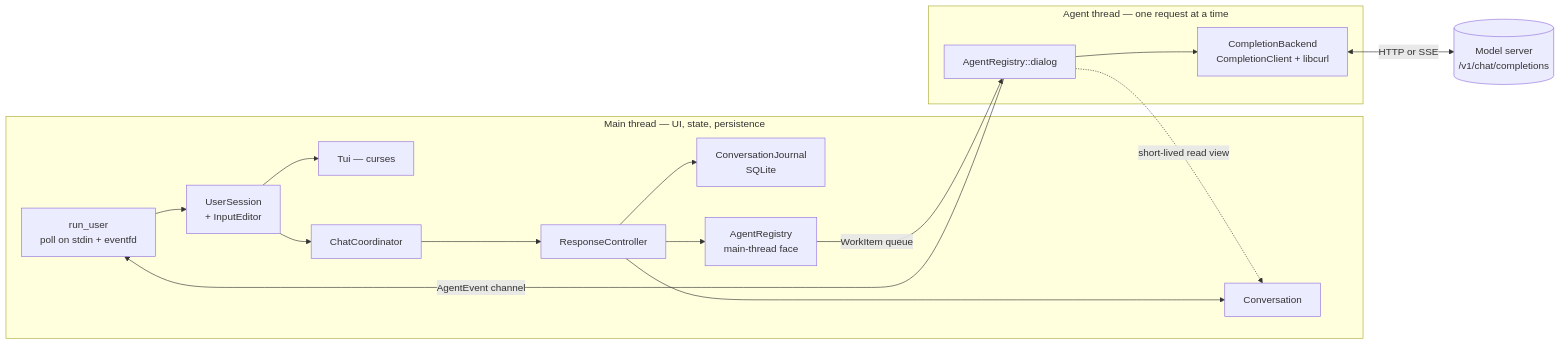
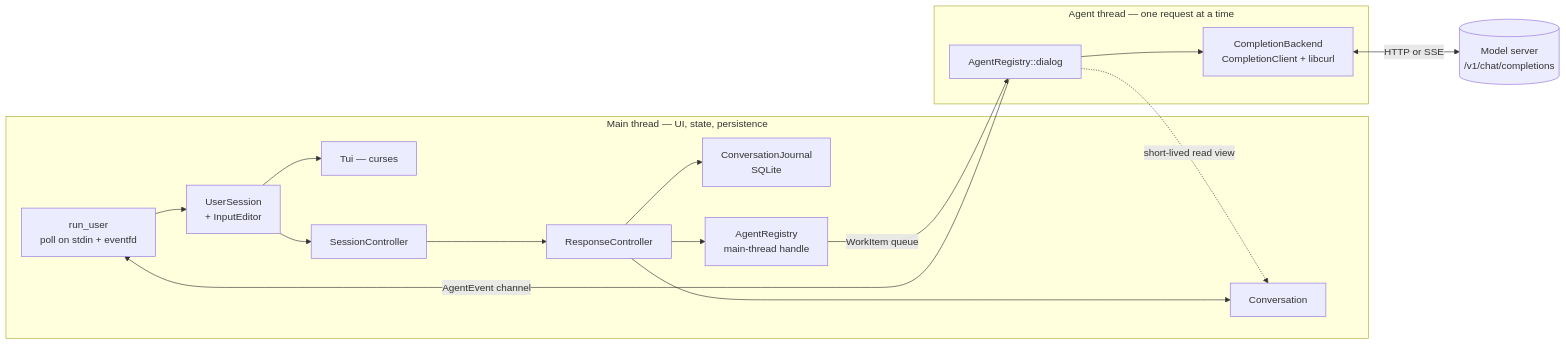
Before and after one commit to michaelpopov/cha: the second of 6 diagrams in src/README.md, drawn with Mermaid. The commit also changed other lines of this file and 98 other files, not shown here.

````diff
--- a/src/README.md
+++ b/src/README.md
@@ -90,33 +90,33 @@
 ```mermaid
 flowchart LR
     subgraph mainthread["Main thread — UI, state, persistence"]
         loop["run_user<br/>poll on stdin + eventfd"]
-        session["UserSession<br/>+ InputEditor"]
+        usession["UserSession<br/>+ InputEditor"]
         tui["Tui — curses"]
-        coord["ChatCoordinator"]
+        controller["SessionController"]
         resp["ResponseController"]
         conv["Conversation"]
         journal["ConversationJournal<br/>SQLite"]
-        registry["AgentRegistry<br/>main-thread face"]
+        registry["AgentRegistry<br/>main-thread handle"]
     end
 
     subgraph agentthread["Agent thread — one request at a time"]
         dialog["AgentRegistry::dialog"]
         backend["CompletionBackend<br/>CompletionClient + libcurl"]
     end
 
     provider[("Model server<br/>/v1/chat/completions")]
 
-    loop --> session
-    session --> tui
-    session --> coord
-    coord --> resp
+    loop --> usession
+    usession --> tui
+    usession --> controller
+    controller --> resp
     resp --> conv
     resp --> journal
     resp --> registry
     registry -->|"WorkItem queue"| dialog
     dialog --> backend
     backend <-->|"HTTP or SSE"| provider
     dialog -->|"AgentEvent channel"| loop
     dialog -.->|"short-lived read view"| conv
 ```
````
